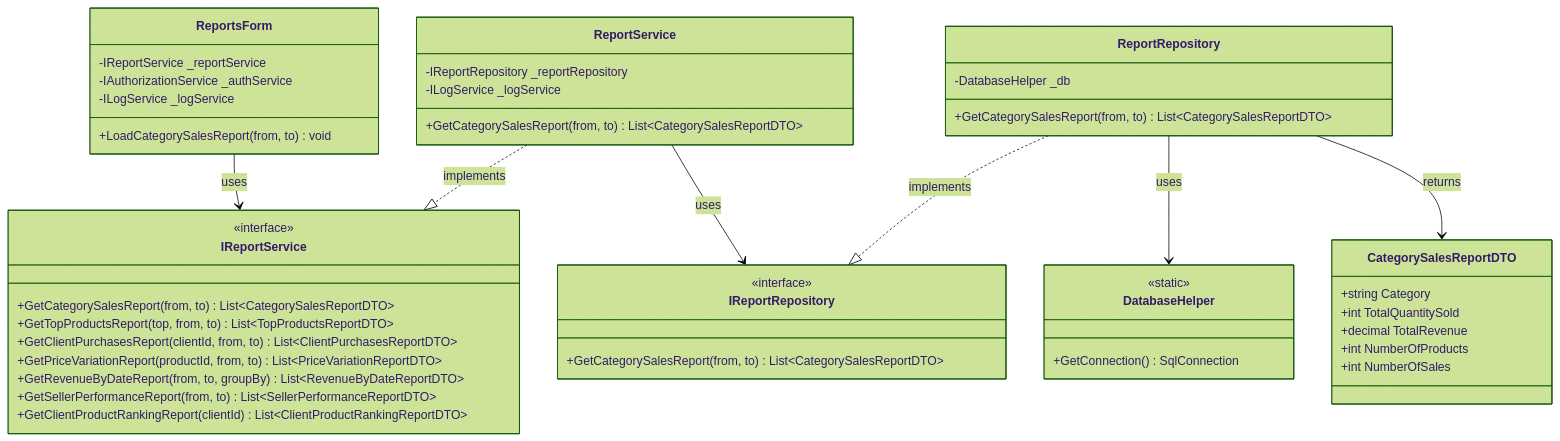
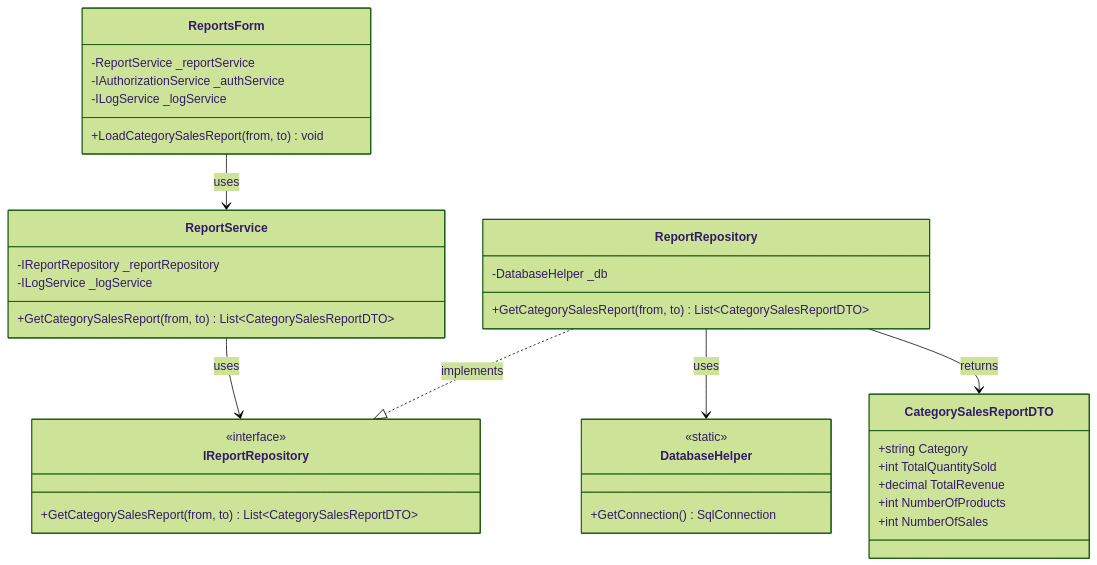
Before and after one commit to nahuk86/tp_diploma_nk_2026: the first of 14 diagrams in Documentation/UML_Diagrams/18_Reports_UseCases.md, drawn with Mermaid (forest theme). The commit also changed other lines of this file and 5 other files, not shown here.

First line of the commit message:
Fix UML documentation: remove non-existent BLL service interfaces

````diff
--- a/Documentation/UML_Diagrams/18_Reports_UseCases.md
+++ b/Documentation/UML_Diagrams/18_Reports_UseCases.md
@@ -11,56 +11,45 @@
 ```mermaid
 classDiagram
     class ReportsForm {
-        -IReportService _reportService
+        -ReportService _reportService
         -IAuthorizationService _authService
         -ILogService _logService
         +LoadCategorySalesReport(from, to) void
     }
 
-    class IReportService {
-        <<interface>>
-        +GetCategorySalesReport(from, to) List~CategorySalesReportDTO~
-        +GetTopProductsReport(top, from, to) List~TopProductsReportDTO~
-        +GetClientPurchasesReport(clientId, from, to) List~ClientPurchasesReportDTO~
-        +GetPriceVariationReport(productId, from, to) List~PriceVariationReportDTO~
-        +GetRevenueByDateReport(from, to, groupBy) List~RevenueByDateReportDTO~
-        +GetSellerPerformanceReport(from, to) List~SellerPerformanceReportDTO~
-        +GetClientProductRankingReport(clientId) List~ClientProductRankingReportDTO~
-    }
 
     class ReportService {
         -IReportRepository _reportRepository
         -ILogService _logService
         +GetCategorySalesReport(from, to) List~CategorySalesReportDTO~
     }
 
     class IReportRepository {
         <<interface>>
         +GetCategorySalesReport(from, to) List~CategorySalesReportDTO~
     }
 
     class ReportRepository {
         -DatabaseHelper _db
         +GetCategorySalesReport(from, to) List~CategorySalesReportDTO~
     }
 
     class DatabaseHelper {
         <<static>>
         +GetConnection() SqlConnection
     }
 
     class CategorySalesReportDTO {
         +string Category
         +int TotalQuantitySold
         +decimal TotalRevenue
         +int NumberOfProducts
         +int NumberOfSales
     }
 
-    ReportsForm --> IReportService : uses
-    ReportService ..|> IReportService : implements
+    ReportsForm --> ReportService : uses
     ReportService --> IReportRepository : uses
     ReportRepository ..|> IReportRepository : implements
     ReportRepository --> DatabaseHelper : uses
     ReportRepository --> CategorySalesReportDTO : returns
 ```
````
